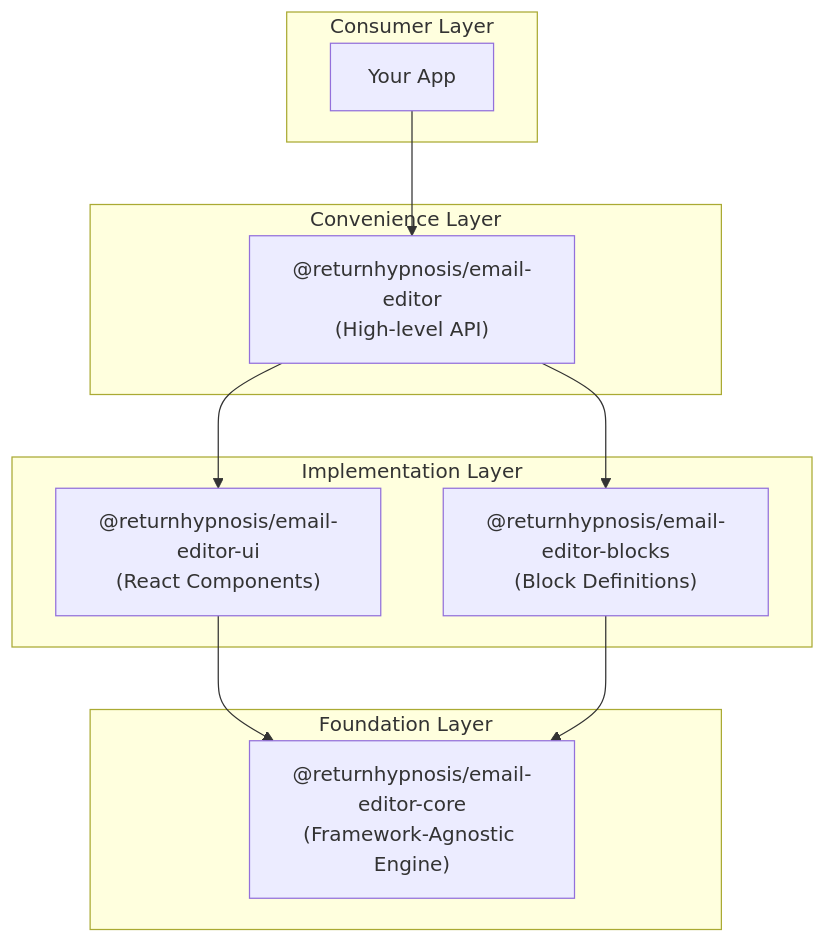
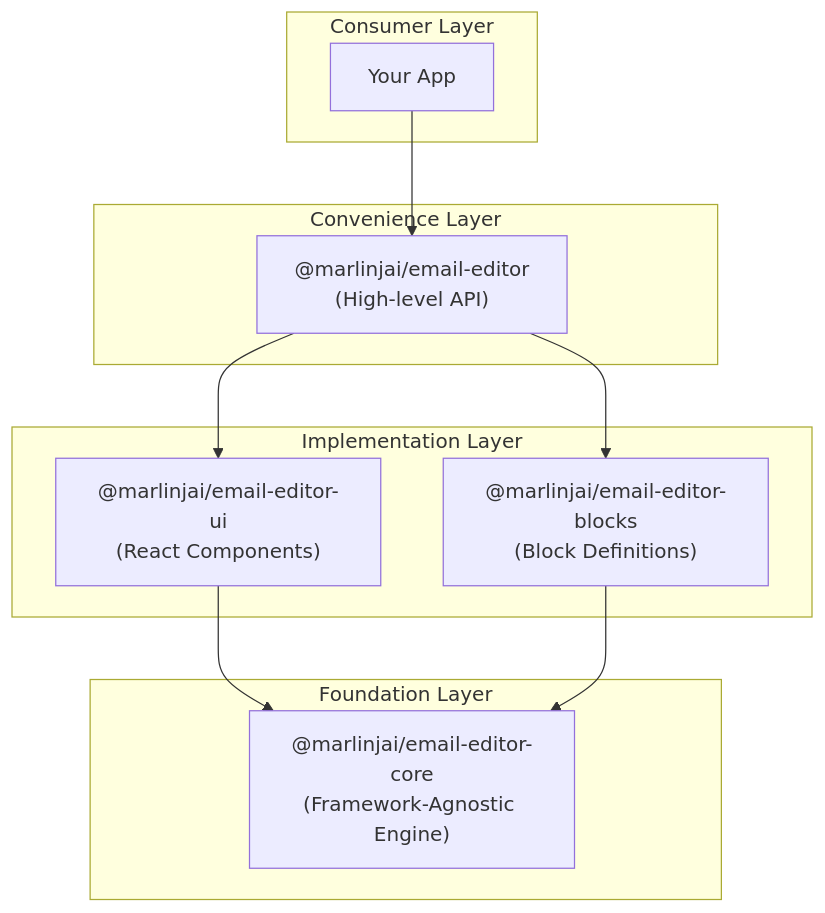
Before and after one commit to marlinjai/email-editor: the first of 7 diagrams in docs/public/architecture.md, drawn with Mermaid. The commit also changed other lines of this file and 71 other files, not shown here.

Commit message:
feat: rename packages from @returnhypnosis/ to @marlinjai/ scope

````diff
--- a/docs/public/architecture.md
+++ b/docs/public/architecture.md
@@ -13,25 +13,25 @@
 ```mermaid
 graph TB
     subgraph "Consumer Layer"
         APP[Your App]
     end
 
     subgraph "Convenience Layer"
-        EDITOR["@returnhypnosis/email-editor<br/>(High-level API)"]
+        EDITOR["@marlinjai/email-editor<br/>(High-level API)"]
     end
 
     subgraph "Implementation Layer"
-        UI["@returnhypnosis/email-editor-ui<br/>(React Components)"]
-        BLOCKS["@returnhypnosis/email-editor-blocks<br/>(Block Definitions)"]
+        UI["@marlinjai/email-editor-ui<br/>(React Components)"]
+        BLOCKS["@marlinjai/email-editor-blocks<br/>(Block Definitions)"]
     end
 
     subgraph "Foundation Layer"
-        CORE["@returnhypnosis/email-editor-core<br/>(Framework-Agnostic Engine)"]
+        CORE["@marlinjai/email-editor-core<br/>(Framework-Agnostic Engine)"]
     end
 
     APP --> EDITOR
     EDITOR --> UI
     EDITOR --> BLOCKS
     UI --> CORE
     BLOCKS --> CORE
 ```
````
